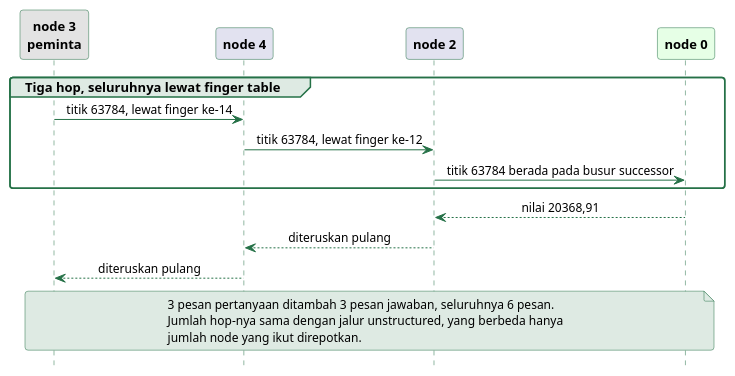
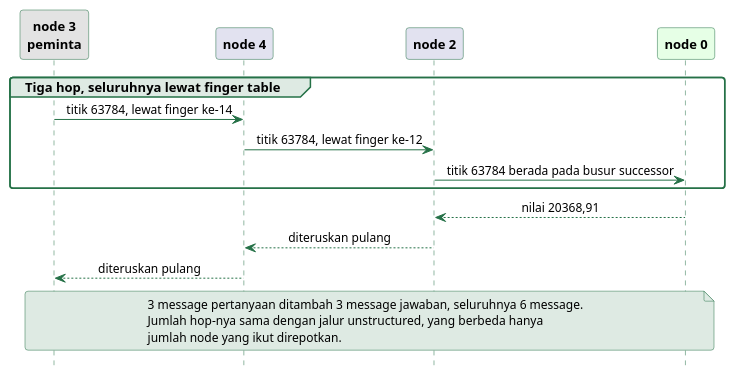
Before and after one commit to alfa-yohannis/software-architecture: the diagram in sources/chapter07/diagram/sekuens-p2p-structured.puml, drawn with PlantUML. The commit also changed other lines of this file and 18 other files, not shown here.

```diff
--- a/sources/chapter07/diagram/sekuens-p2p-structured.puml
+++ b/sources/chapter07/diagram/sekuens-p2p-structured.puml
@@ -13,49 +13,49 @@
 @startuml
 skinparam backgroundColor transparent
 skinparam defaultFontName Titillium Web
 skinparam defaultFontSize 13
 skinparam shadowing false
 skinparam roundCorner 6
 skinparam sequenceMessageAlignment center
 skinparam sequence {
   ArrowColor #257147
   ArrowFontSize 12
   LifeLineBorderColor #257147
   LifeLineBackgroundColor #DEEAE3
   ParticipantBorderColor #257147
   ParticipantFontColor black
   ParticipantFontSize 13
   ParticipantFontStyle bold
   GroupBackgroundColor #DEEAE3
   GroupBorderColor #257147
   DividerBackgroundColor #DEEAE3
   DividerBorderColor #257147
 }
 skinparam note {
   BackgroundColor #DEEAE3
   BorderColor #257147
   FontSize 12
 }
 hide footbox
 
 participant "node 3\npeminta" as P3 #E3E3E3
 participant "node 4" as P4
 participant "node 2" as P2
 participant "node 0" as P0 #E6FFE6
 
 group Tiga hop, seluruhnya lewat finger table
   P3 -> P4 : titik 63784, lewat finger ke-14
   P4 -> P2 : titik 63784, lewat finger ke-12
   P2 -> P0 : titik 63784 berada pada busur successor
 end
 
 P0 --> P2 : nilai 20368,91
 P2 --> P4 : diteruskan pulang
 P4 --> P3 : diteruskan pulang
 
 note over P3, P0
-  3 pesan pertanyaan ditambah 3 pesan jawaban, seluruhnya 6 pesan.
+  3 message pertanyaan ditambah 3 message jawaban, seluruhnya 6 message.
   Jumlah hop-nya sama dengan jalur unstructured, yang berbeda hanya
   jumlah node yang ikut direpotkan.
 end note
 @enduml
```
